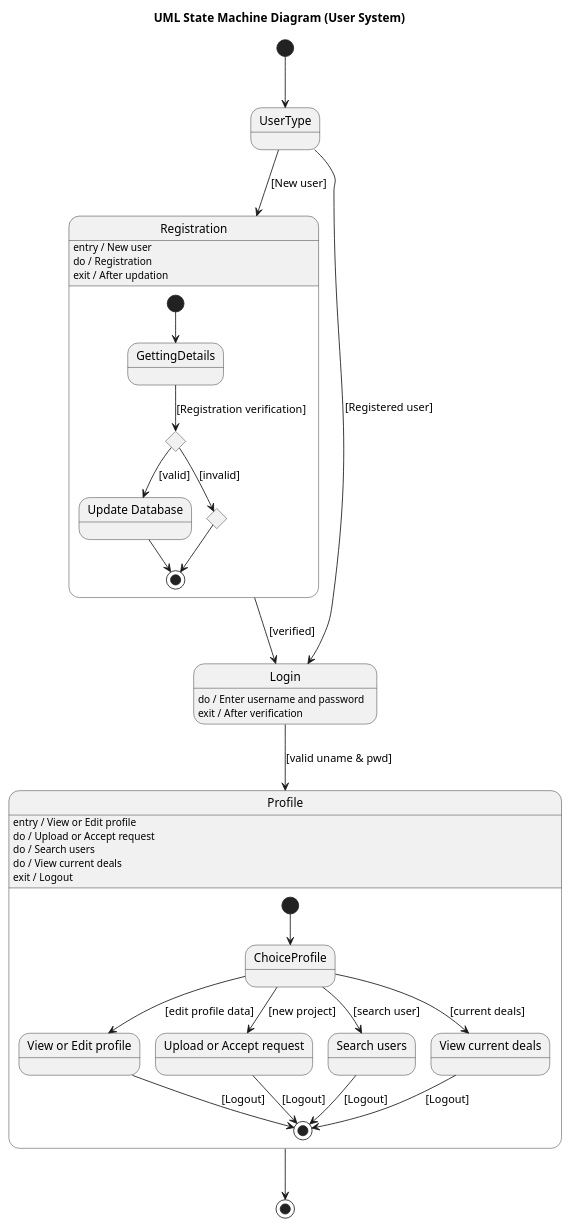
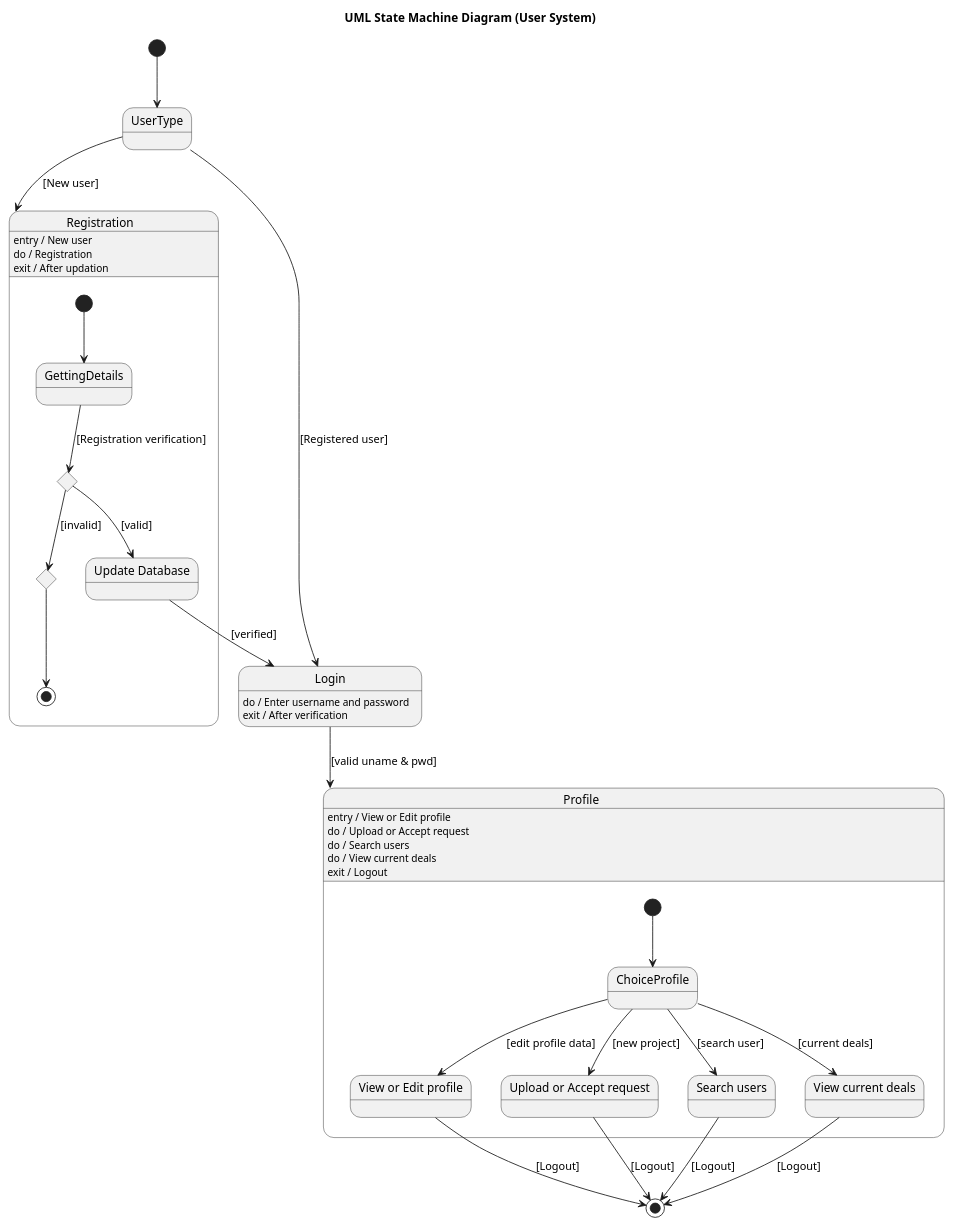
The diagram in dataset/case_11_business_process_outsourcing_bpo_management_system/diagram1.puml (maimunafaria/State_transition_Diagram_generated_by_LLM), drawn with PlantUML before and after one commit. The commit also changed 17 other files, not shown here.

```diff
--- a/dataset/case_11_business_process_outsourcing_bpo_management_system/diagram1.puml
+++ b/dataset/case_11_business_process_outsourcing_bpo_management_system/diagram1.puml
@@ -1,66 +1,65 @@
 @startuml
 title UML State Machine Diagram (User System)
 
 [*] --> UserType
 
 state UserType <<choice>>
 UserType --> Registration : [New user]
 UserType --> Login : [Registered user]
 
 state "Registration" as Registration {
     [*] --> GettingDetails
 
     state GettingDetails
     state ChoiceReg <<choice>>
     state "Update Database" as UpdateDB
     state EndInvalid <<choice>>
 
     GettingDetails --> ChoiceReg : [Registration verification]
     ChoiceReg --> UpdateDB : [valid]
     ChoiceReg --> EndInvalid : [invalid]
 
-    UpdateDB --> [*]
     EndInvalid --> [*]
 }
 
 Registration : entry / New user
 Registration : do / Registration
 Registration : exit / After updation
 
-Registration --> Login : [verified]
+UpdateDB --> Login : [verified]
 
 state Login
 Login : do / Enter username and password
 Login : exit / After verification
 
 Login --> Profile : [valid uname & pwd]
 
 state "Profile" as Profile {
     [*] --> ChoiceProfile
 
     state ChoiceProfile <<choice>>
     state "View or Edit profile" as EditProfile
     state "Upload or Accept request" as UploadReq
     state "Search users" as SearchUsers
     state "View current deals" as ViewDeals
 
     ChoiceProfile --> EditProfile : [edit profile data]
     ChoiceProfile --> UploadReq : [new project]
     ChoiceProfile --> SearchUsers : [search user]
     ChoiceProfile --> ViewDeals : [current deals]
 
-    EditProfile --> [*] : [Logout]
-    UploadReq --> [*] : [Logout]
-    SearchUsers --> [*] : [Logout]
-    ViewDeals --> [*] : [Logout]
+    
 }
 
 Profile : entry / View or Edit profile
 Profile : do / Upload or Accept request
 Profile : do / Search users
 Profile : do / View current deals
 Profile : exit / Logout
 
-Profile --> [*]
+    EditProfile --> [*] : [Logout]
+    UploadReq --> [*] : [Logout]
+    SearchUsers --> [*] : [Logout]
+    ViewDeals --> [*] : [Logout]
 
 @enduml
```
